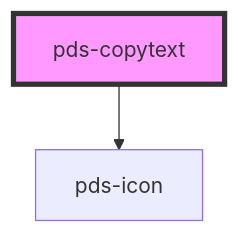
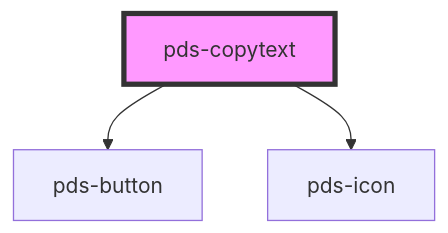
Before and after one commit to Kajabi/pine: the diagram in libs/core/src/components/pds-copytext/readme.md, drawn with Mermaid. The commit also changed other lines of this file and 5 other files, not shown here.

````diff
--- a/libs/core/src/components/pds-copytext/readme.md
+++ b/libs/core/src/components/pds-copytext/readme.md
@@ -26,5 +27,6 @@
 ```mermaid
 graph TD;
+  pds-copytext --> pds-button
   pds-copytext --> pds-icon
   style pds-copytext fill:#f9f,stroke:#333,stroke-width:4px
 ```
````
